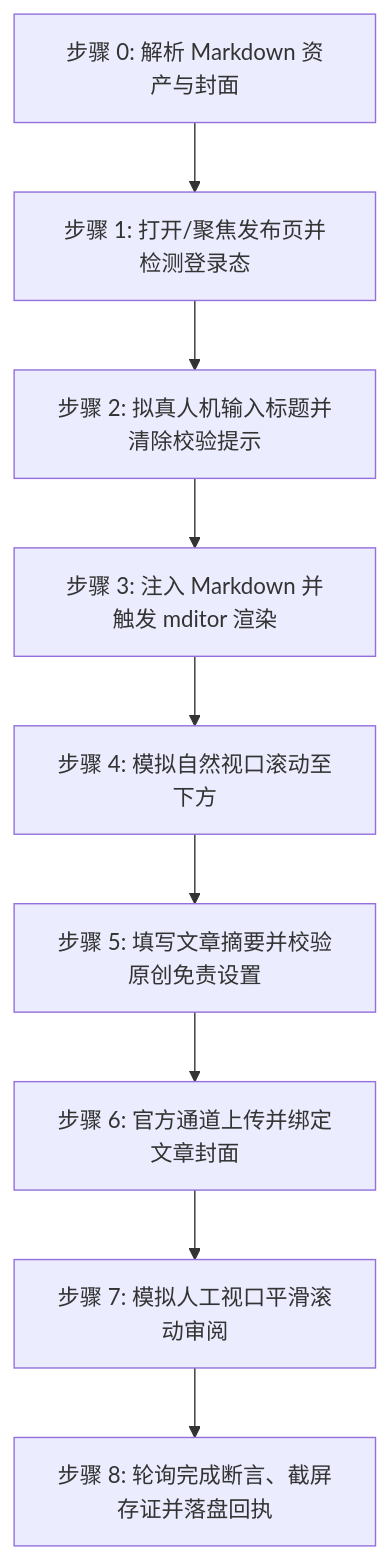
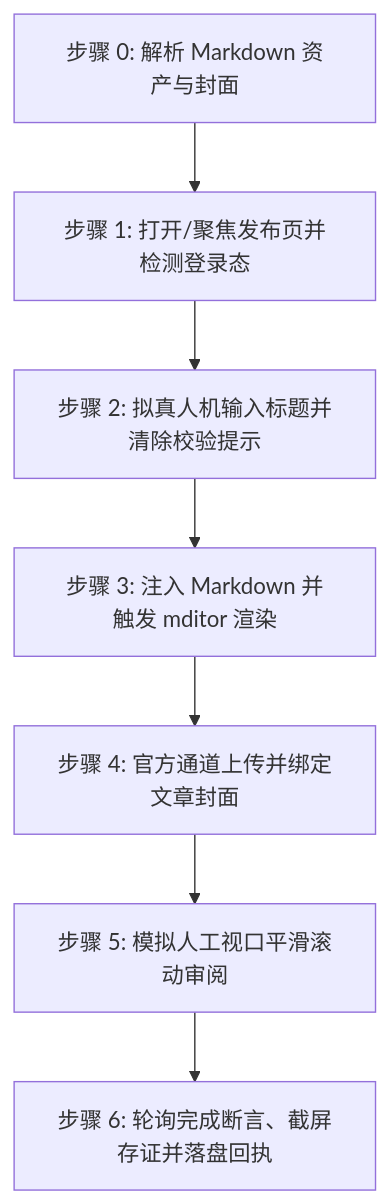
Before and after one commit to undsky/doudou-publish-skills: the diagram in skills/doudou-aliyun/SKILL.md, drawn with Mermaid. The commit also changed other lines of this file and 25 other files, not shown here.

````diff
--- a/skills/doudou-aliyun/SKILL.md
+++ b/skills/doudou-aliyun/SKILL.md
@@ -128,11 +128,9 @@
 ```mermaid
 flowchart TD
     S0[步骤 0: 解析 Markdown 资产与封面] --> S1[步骤 1: 打开/聚焦发布页并检测登录态]
     S1 --> S2[步骤 2: 拟真人机输入标题并清除校验提示]
     S2 --> S3[步骤 3: 注入 Markdown 并触发 mditor 渲染]
-    S3 --> S4[步骤 4: 模拟自然视口滚动至下方]
-    S4 --> S5[步骤 5: 填写文章摘要并校验原创免责设置]
-    S5 --> S6[步骤 6: 官方通道上传并绑定文章封面]
-    S6 --> S7[步骤 7: 模拟人工视口平滑滚动审阅]
-    S7 --> S8[步骤 8: 轮询完成断言、截屏存证并落盘回执]
+    S3 --> S4[步骤 4: 官方通道上传并绑定文章封面]
+    S4 --> S5[步骤 5: 模拟人工视口平滑滚动审阅]
+    S5 --> S6[步骤 6: 轮询完成断言、截屏存证并落盘回执]
 ```
````
